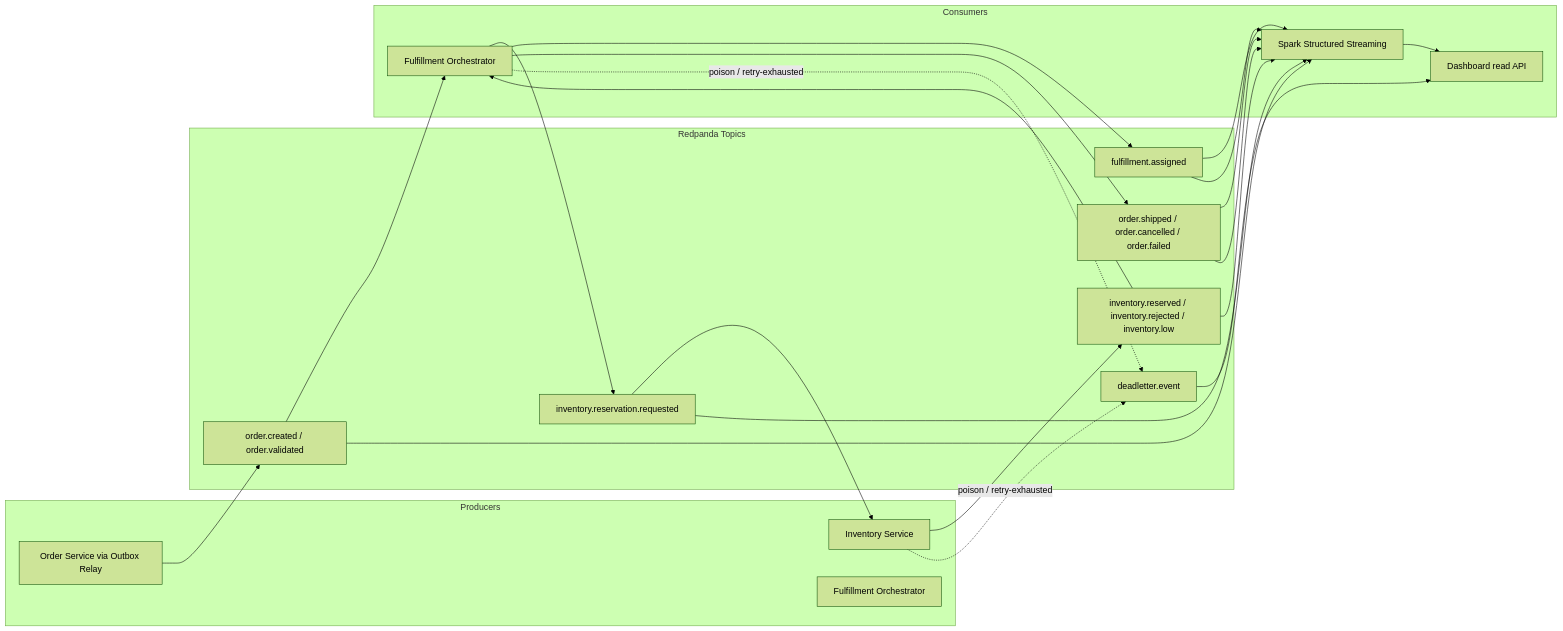
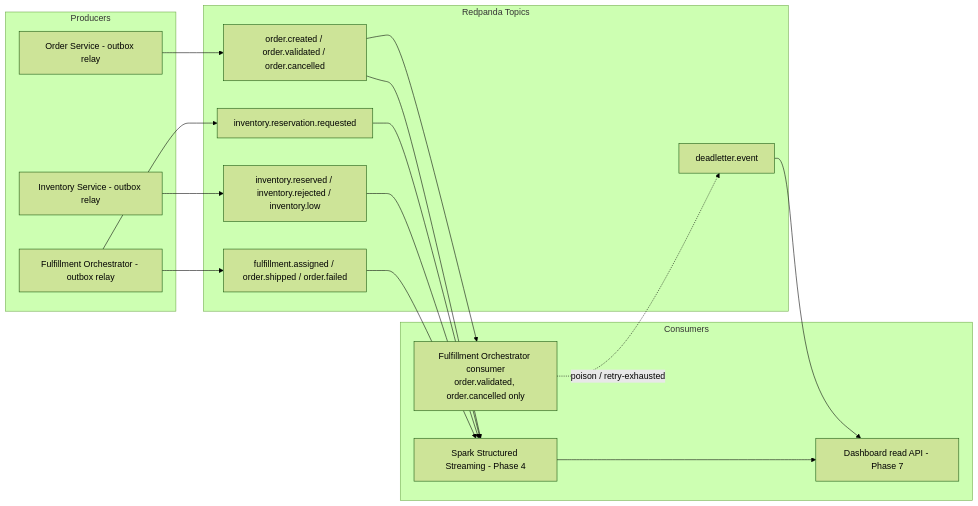
One commit to SamudralaAjaykumarrr/omniflow changed the fifth of 8 diagrams in docs/architecture.md. Above: the diagram before and after it, drawn with Mermaid (forest theme). The commit also changed other lines of this file and 77 other files, not shown here.

````diff
--- a/docs/architecture.md
+++ b/docs/architecture.md
@@ -157,32 +176,29 @@
 ```mermaid
 flowchart LR
   subgraph Producers
-    OS[Order Service via Outbox Relay]
-    INV[Inventory Service]
-    ORCH[Fulfillment Orchestrator]
+    OS[Order Service - outbox relay]
+    INV[Inventory Service - outbox relay]
+    ORCH[Fulfillment Orchestrator - outbox relay]
   end
   subgraph Redpanda Topics
-    T1[order.created / order.validated]
+    T1[order.created / order.validated / order.cancelled]
     T2[inventory.reservation.requested]
     T3[inventory.reserved / inventory.rejected / inventory.low]
-    T4[fulfillment.assigned]
-    T5[order.shipped / order.cancelled / order.failed]
+    T4[fulfillment.assigned / order.shipped / order.failed]
     DLQ[deadletter.event]
   end
   subgraph Consumers
-    ORCH2[Fulfillment Orchestrator]
-    SPARK[Spark Structured Streaming]
-    DASH[Dashboard read API]
+    ORCHC[Fulfillment Orchestrator consumer<br/>order.validated, order.cancelled only]
+    SPARK[Spark Structured Streaming - Phase 4]
+    DASH[Dashboard read API - Phase 7]
   end
 
-  OS --> T1 --> ORCH2
-  ORCH2 --> T2 --> INV
-  INV --> T3 --> ORCH2
-  ORCH2 --> T4 --> SPARK
-  ORCH2 --> T5 --> SPARK
-  T1 & T2 & T3 & T4 & T5 --> SPARK
-  ORCH2 -. poison / retry-exhausted .-> DLQ
-  INV -. poison / retry-exhausted .-> DLQ
+  OS --> T1 --> ORCHC
+  ORCH --> T2
+  INV --> T3
+  ORCH --> T4
+  T1 & T2 & T3 & T4 --> SPARK
+  ORCHC -. poison / retry-exhausted .-> DLQ
   DLQ --> DASH
   SPARK --> DASH
 ```
````
